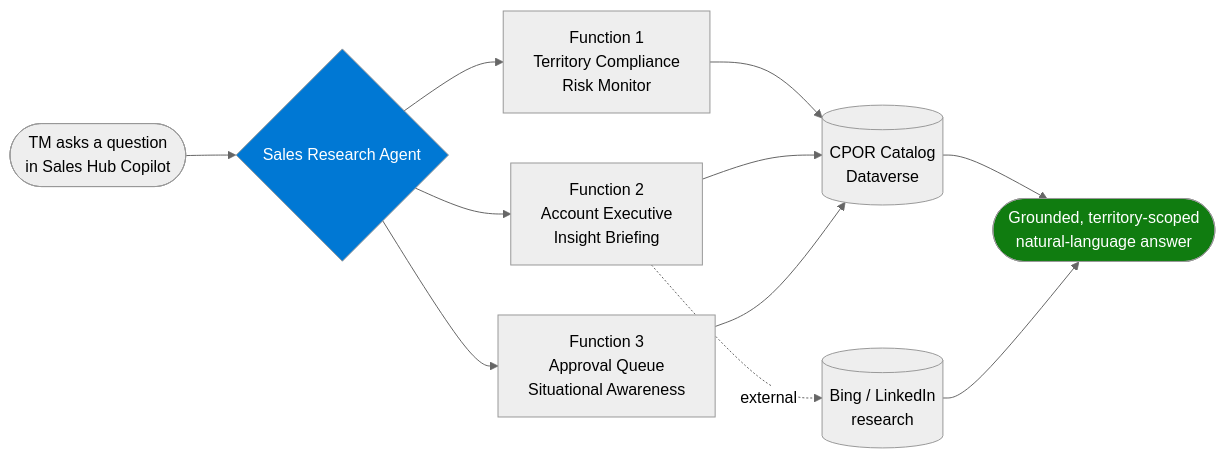
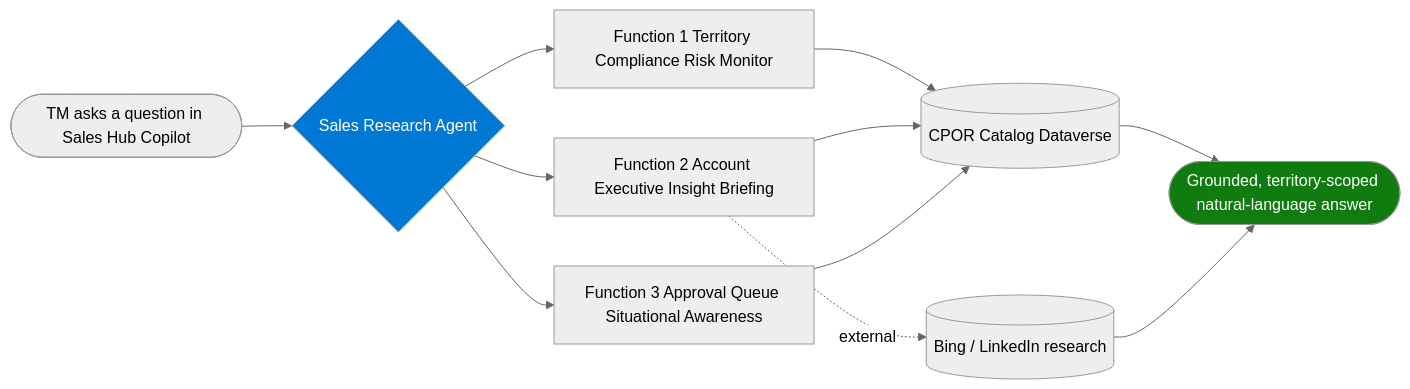
Before and after one commit to enewbold-devops/CPOR-Industry-Engagement: the ninth of 23 diagrams in README.md, drawn with Mermaid (neutral theme). The commit also changed other lines of this file, not shown here.

````diff
--- a/README.md
+++ b/README.md
@@ -504,15 +505,15 @@
 ```mermaid
 flowchart LR
-    U([TM asks a question\nin Sales Hub Copilot]) --> A{Sales Research Agent}
-    A --> F1[Function 1\nTerritory Compliance\nRisk Monitor]
-    A --> F2[Function 2\nAccount Executive\nInsight Briefing]
-    A --> F3[Function 3\nApproval Queue\nSituational Awareness]
-    F1 --> D[(CPOR Catalog\nDataverse)]
+    U([TM asks a question in Sales Hub Copilot]) --> A{Sales Research Agent}
+    A --> F1[Function 1 Territory Compliance Risk Monitor]
+    A --> F2[Function 2 Account Executive Insight Briefing]
+    A --> F3[Function 3 Approval Queue Situational Awareness]
+    F1 --> D[(CPOR Catalog Dataverse)]
     F2 --> D
     F3 --> D
-    F2 -. external .-> W[(Bing / LinkedIn\nresearch)]
-    D --> R([Grounded, territory-scoped\nnatural-language answer])
+    F2 -. external .-> W[(Bing / LinkedIn research)]
+    D --> R([Grounded, territory-scoped natural-language answer])
     W --> R
     style A fill:#0078d4,color:#fff
     style R fill:#107c10,color:#fff
 ```
````
